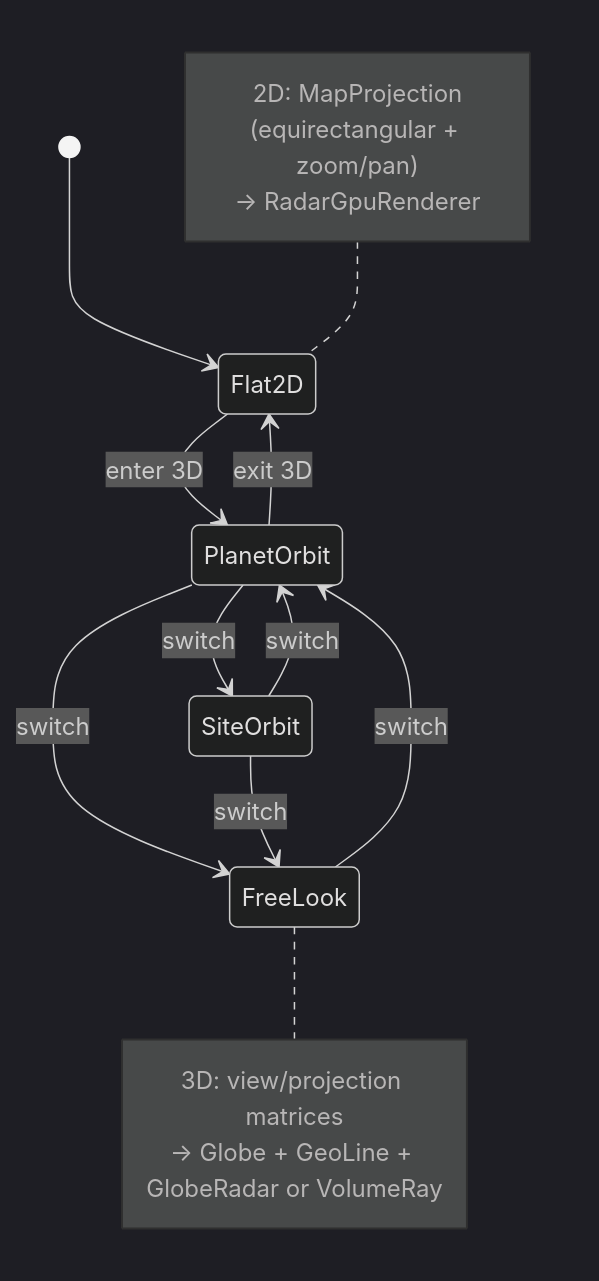
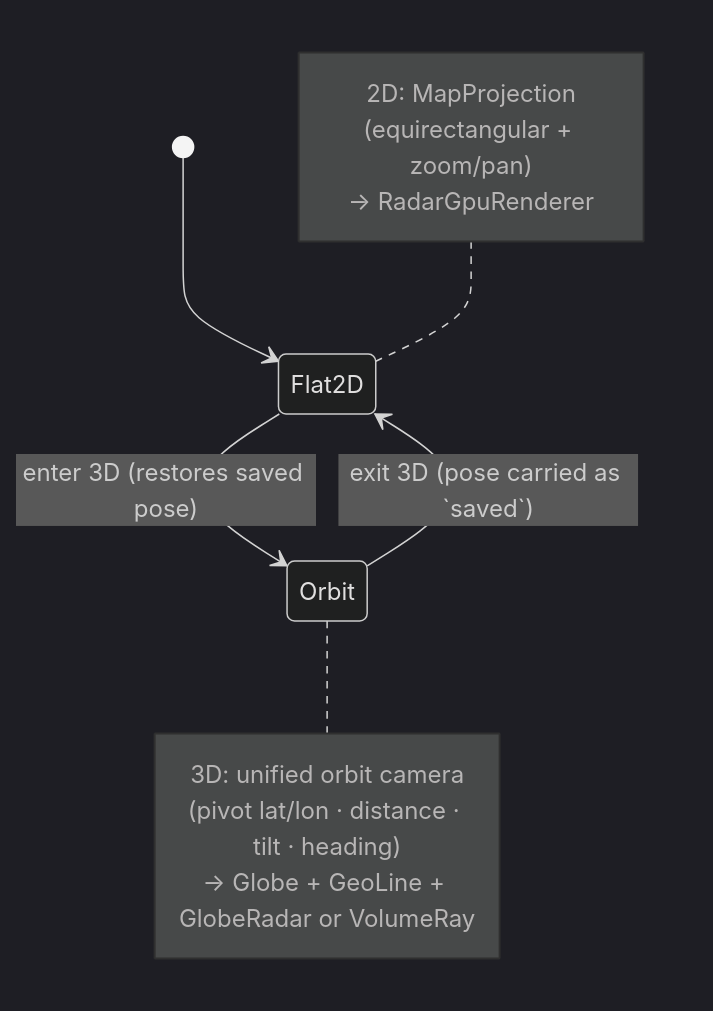
Diagram 18 of 22 in docs/ARCHITECTURE_DIAGRAMS.md (danielway/nexrad-workbench), drawn with Mermaid (dark theme) before and after one commit. The commit also changed other lines of this file and 2 other files, not shown here.

Commit message:
Update docs for the unified 3D camera

````diff
--- a/docs/ARCHITECTURE_DIAGRAMS.md
+++ b/docs/ARCHITECTURE_DIAGRAMS.md
@@ -729,21 +729,17 @@
 ```mermaid
 stateDiagram-v2
     [*] --> Flat2D
-    Flat2D --> PlanetOrbit: enter 3D
-    PlanetOrbit --> Flat2D: exit 3D
-    PlanetOrbit --> SiteOrbit: switch
-    PlanetOrbit --> FreeLook: switch
-    SiteOrbit --> PlanetOrbit: switch
-    SiteOrbit --> FreeLook: switch
-    FreeLook --> PlanetOrbit: switch
+    Flat2D --> Orbit: enter 3D (restores saved pose)
+    Orbit --> Flat2D: exit 3D (pose carried as `saved`)
 
     note left of Flat2D
         2D: MapProjection
         (equirectangular + zoom/pan)
         → RadarGpuRenderer
     end note
-    note right of FreeLook
-        3D: view/projection matrices
+    note right of Orbit
+        3D: unified orbit camera
+        (pivot lat/lon · distance · tilt · heading)
         → Globe + GeoLine + GlobeRadar or VolumeRay
     end note
 ```
````
